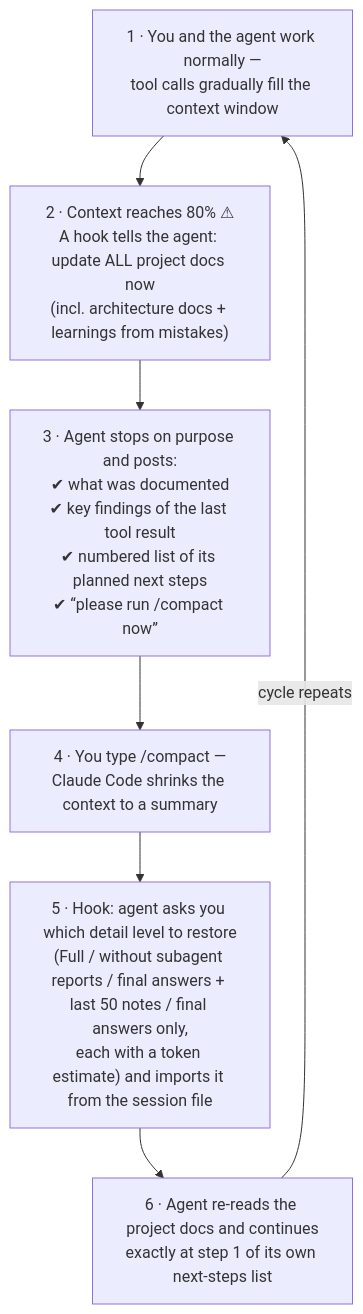
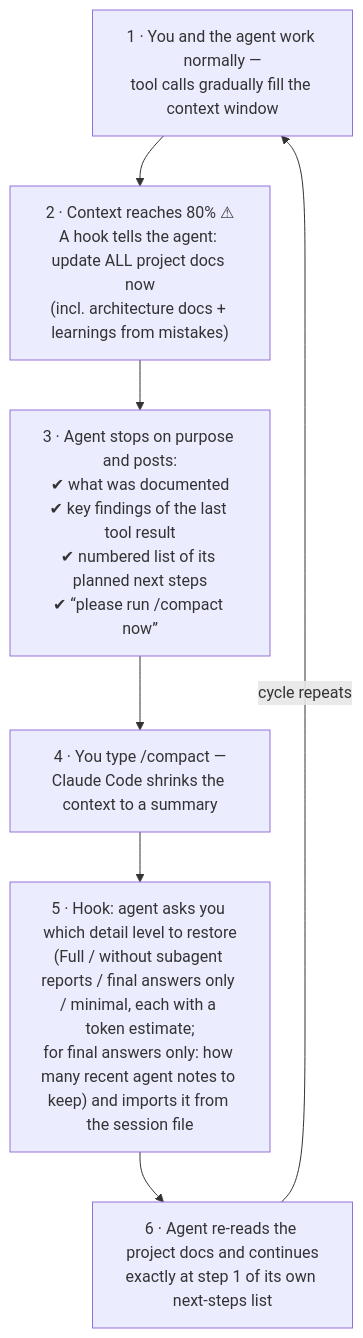
Before and after one commit to hafnera/context-cycle: the diagram in README.md, drawn with Mermaid. The commit also changed other lines of this file and 7 other files, not shown here.

Commit message:
Final answers only: follow-up question for the agent's most recent notes (0/50/100/All/N) with total sizes (v1.18.1)

````diff
--- a/README.md
+++ b/README.md
@@ -20,12 +20,12 @@
 ```mermaid
 flowchart TD
     A["1 · You and the agent work normally —<br/>tool calls gradually fill the context window"]
     B["2 · Context reaches 80% ⚠<br/>A hook tells the agent: update ALL project docs now<br/>(incl. architecture docs + learnings from mistakes)"]
     C["3 · Agent stops on purpose and posts:<br/>✔ what was documented<br/>✔ key findings of the last tool result<br/>✔ numbered list of its planned next steps<br/>✔ “please run /compact now”"]
     D["4 · You type /compact —<br/>Claude Code shrinks the context to a summary"]
-    E["5 · Hook: agent asks you which detail level to restore<br/>(Full / without subagent reports / final answers + last 50 notes / final answers only,<br/>each with a token estimate) and imports it from the session file"]
+    E["5 · Hook: agent asks you which detail level to restore<br/>(Full / without subagent reports / final answers only / minimal, each with a token estimate;<br/>for final answers only: how many recent agent notes to keep) and imports it from the session file"]
     F["6 · Agent re-reads the project docs and continues<br/>exactly at step 1 of its own next-steps list"]
 
     A --> B --> C --> D --> E --> F
     F -->|"cycle repeats"| A
 ```
````
